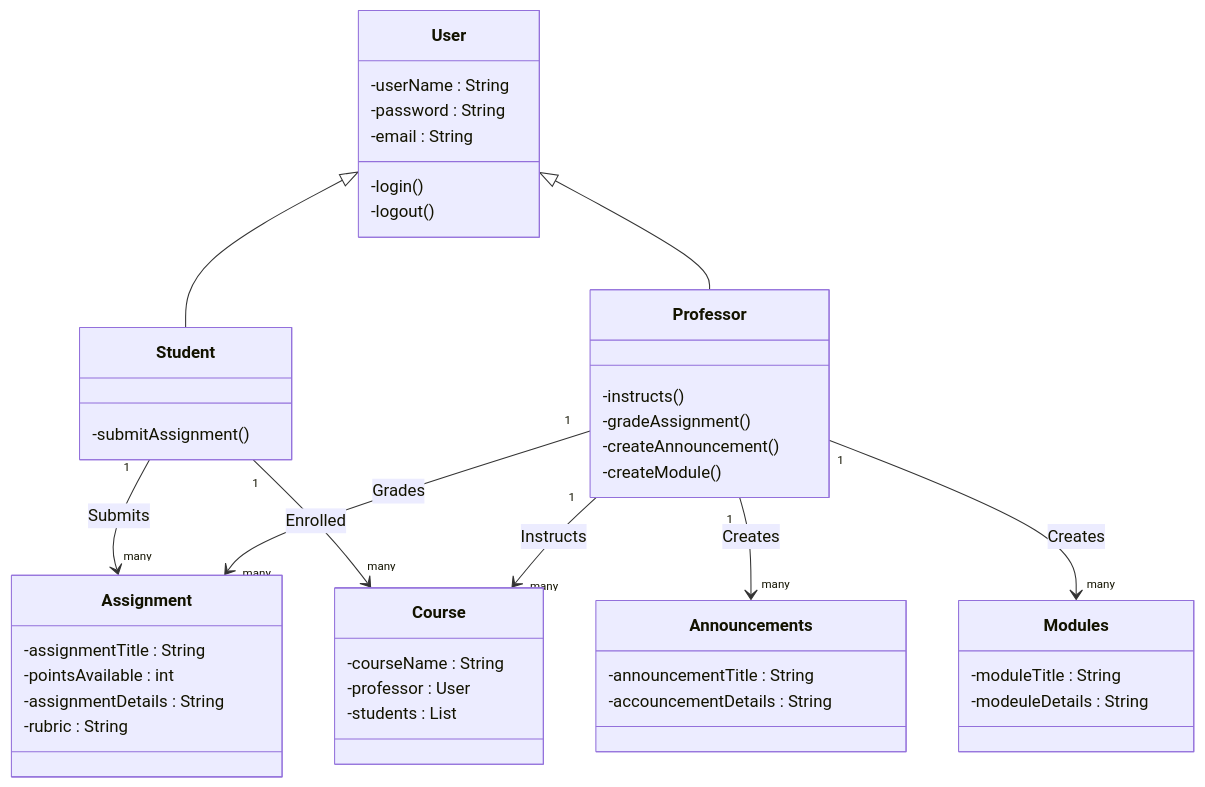
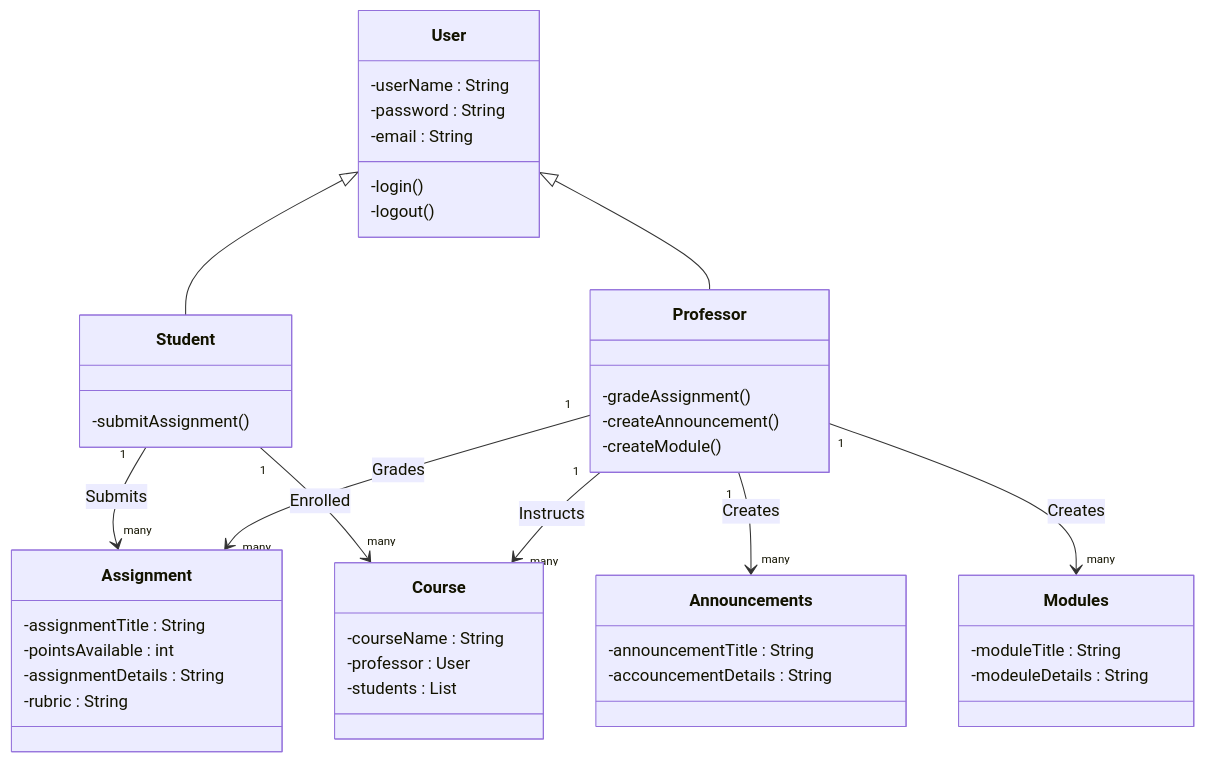
One commit to hblanton57/Canvas changed the diagram in DomainModel/DomainModel.md. Above: the diagram before and after it, drawn with Mermaid.

Commit message:
Edit model

````diff
--- a/DomainModel/DomainModel.md
+++ b/DomainModel/DomainModel.md
@@ -1,55 +1,54 @@
 ```mermaid
 classDiagram
     User <|-- Student
     User <|-- Professor
 
     class Course {
         -courseName : String
         -professor : User
         -students : List <Student>
     }
 
     class User {
         -userName : String
         -password : String
         -email : String
         -login()
         -logout()
     }
 
     class Professor {
-        -instructs()
         -gradeAssignment()
         -createAnnouncement()
         -createModule()
     }
 
     class Student {
         -submitAssignment()
     }
 
     class Assignment {
         -assignmentTitle : String
         -pointsAvailable : int
         -assignmentDetails : String
         -rubric : String
     }
 
     class Announcements {
         -announcementTitle : String
         -accouncementDetails : String
     }
 
     class Modules {
         -moduleTitle : String
         -modeuleDetails : String
     }
 
     Student "1" --> "many" Assignment : Submits
     Student "1" --> "many" Course : Enrolled
     Professor "1" --> "many" Assignment : Grades
     Professor "1" --> "many" Course : Instructs
     Professor "1" --> "many" Announcements : Creates
     Professor "1" --> "many" Modules : Creates
 
 ```
````
